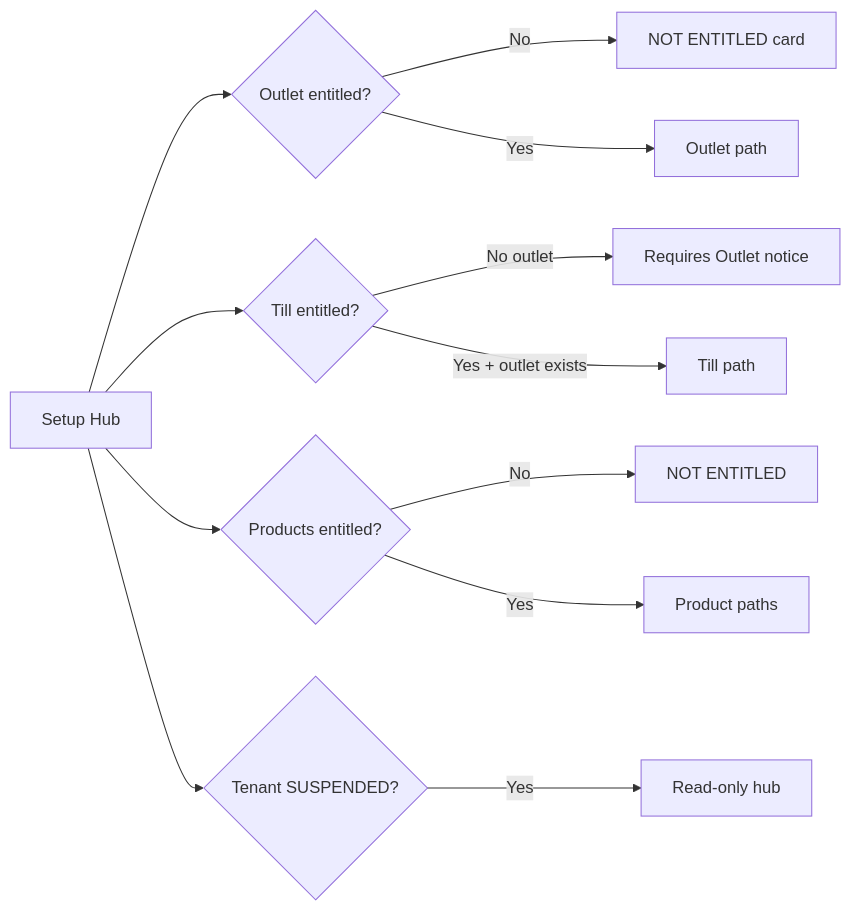
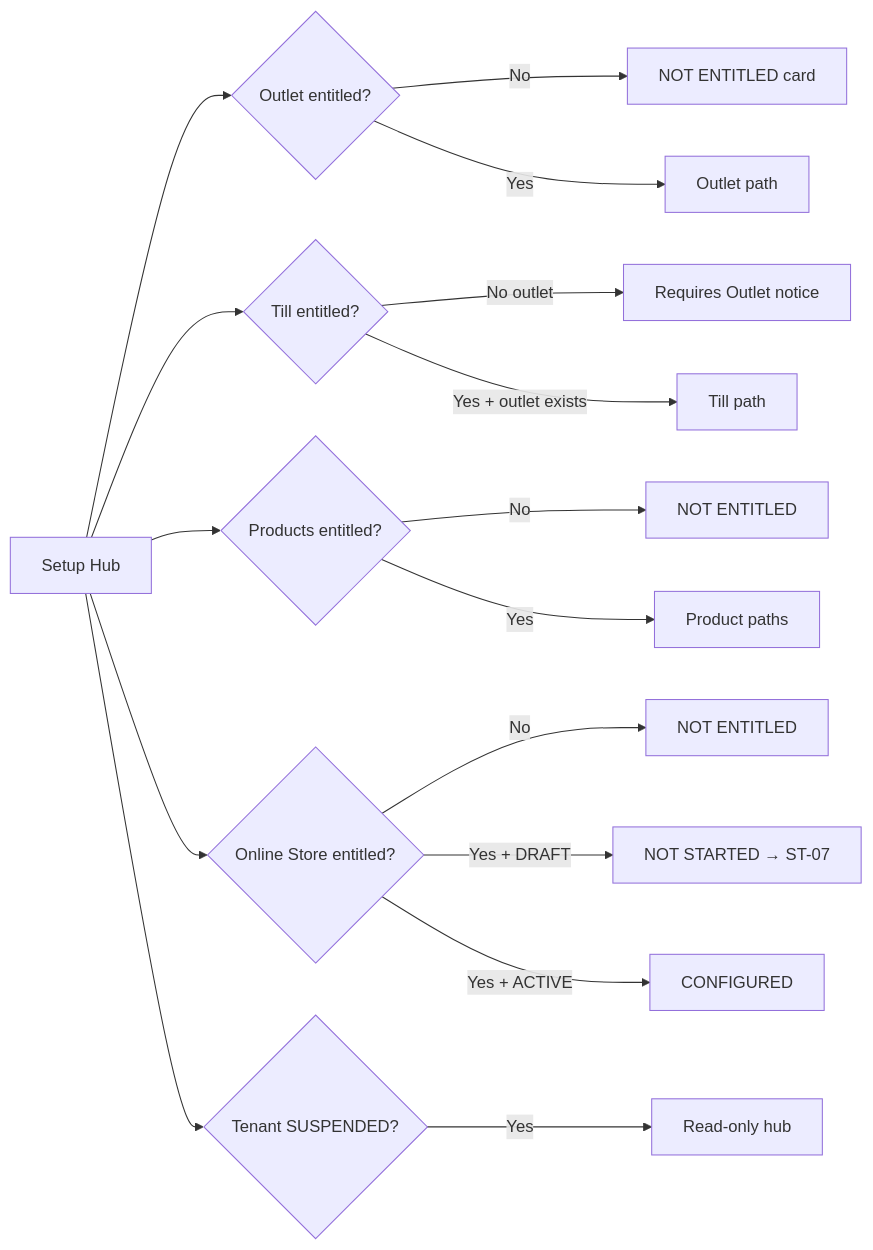
One commit to unicomproject/Pos-system-Knowledge changed the second of 2 diagrams in 07_UI_UX_KNOWLEDGE/Platform_Admin/Selected_Tenant_Prototype_Flow.md. Above: the diagram before and after it, drawn with Mermaid. The commit also changed other lines of this file and 27 other files, not shown here.

First line of the commit message:
docs: add selected-tenant online store bootstrap journey

````diff
--- a/07_UI_UX_KNOWLEDGE/Platform_Admin/Selected_Tenant_Prototype_Flow.md
+++ b/07_UI_UX_KNOWLEDGE/Platform_Admin/Selected_Tenant_Prototype_Flow.md
@@ -31,14 +33,18 @@
 ```mermaid
 flowchart LR
     C[Setup Hub] --> E1{Outlet entitled?}
     E1 -->|No| NE1[NOT ENTITLED card]
     E1 -->|Yes| O[Outlet path]
     C --> E2{Till entitled?}
     E2 -->|No outlet| DEP[Requires Outlet notice]
     E2 -->|Yes + outlet exists| T[Till path]
     C --> E3{Products entitled?}
     E3 -->|No| NE3[NOT ENTITLED]
     E3 -->|Yes| P[Product paths]
+    C --> E4{Online Store entitled?}
+    E4 -->|No| NE4[NOT ENTITLED]
+    E4 -->|Yes + DRAFT| OS1[NOT STARTED → ST-07]
+    E4 -->|Yes + ACTIVE| OS2[CONFIGURED]
     C --> S{Tenant SUSPENDED?}
     S -->|Yes| RO[Read-only hub]
 ```
````
